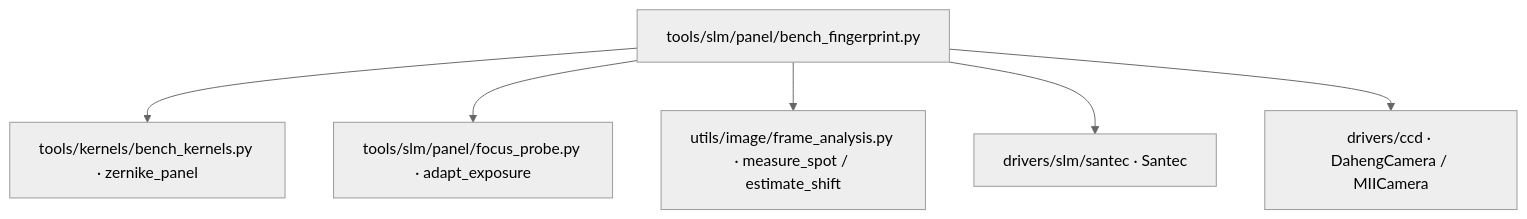
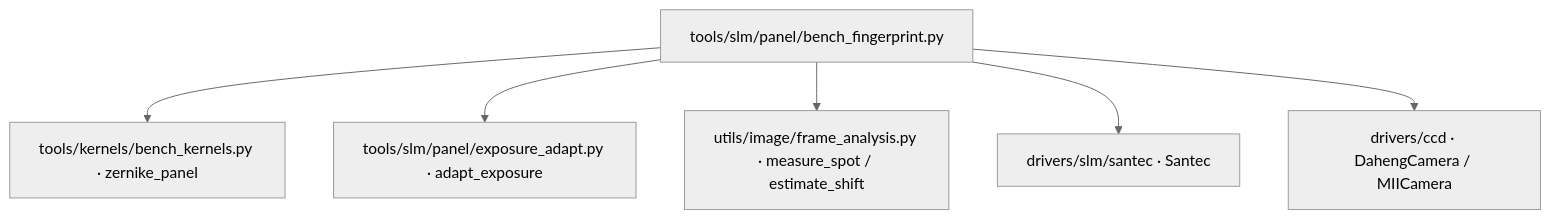
The diagram in docs/tools/slm_bench_fingerprint.md (ywzhang909/AO-shaping), drawn with Mermaid (neutral theme) before and after one commit.

Commit message:
docs: bench_fingerprint 调用关系图曝光阶梯节点改指 exposure_adapt.py — 跟进上游 48b8b55a
48b8b55a 把曝光阶梯 (adapt_exposure / robust_peak / frame_full_scale) 自
panel/focus_probe.py 拆到独立模块 panel/exposure_adapt.py（focus_probe 退化为
re-export 同组名）。docs/tools/slm_bench_fingerprint.md §2 调用关系图节点 F
此前仍指 focus_probe.py，与图中其余节点「节点标符号定义所在文件」的约定
（bench_kernels 指向 zernike_panel、frame_analysis 指向 measure_spot）不一致，
且 48b8b55a 后该符号已非 focus_probe 所定义。

- 纯 .md 一行改动，节点 id F 不变（CLI --> F 边保留），零运行时影响。
- 与 AGENTS.md slm/panel 行「exposure_adapt.py 曝光阶梯单一来源…focus_probe
  旧路径 re-export」对齐。
- 验证：term 门禁 0 文件 0 行；全仓无 focus_probe.py·adapt_exposure 残留引用。

````diff
--- a/docs/tools/slm_bench_fingerprint.md
+++ b/docs/tools/slm_bench_fingerprint.md
@@ -37,15 +37,15 @@
 ```mermaid
 graph TD
     CLI["tools/slm/panel/bench_fingerprint.py"]
     K["tools/kernels/bench_kernels.py · zernike_panel"]
-    F["tools/slm/panel/focus_probe.py · adapt_exposure"]
+    F["tools/slm/panel/exposure_adapt.py · adapt_exposure"]
     FA["utils/image/frame_analysis.py · measure_spot / estimate_shift"]
     SLM["drivers/slm/santec · Santec"]
     CCD["drivers/ccd · DahengCamera / MIICamera"]
 
     CLI --> K
     CLI --> F
     CLI --> FA
     CLI --> SLM
     CLI --> CCD
 ```
````
